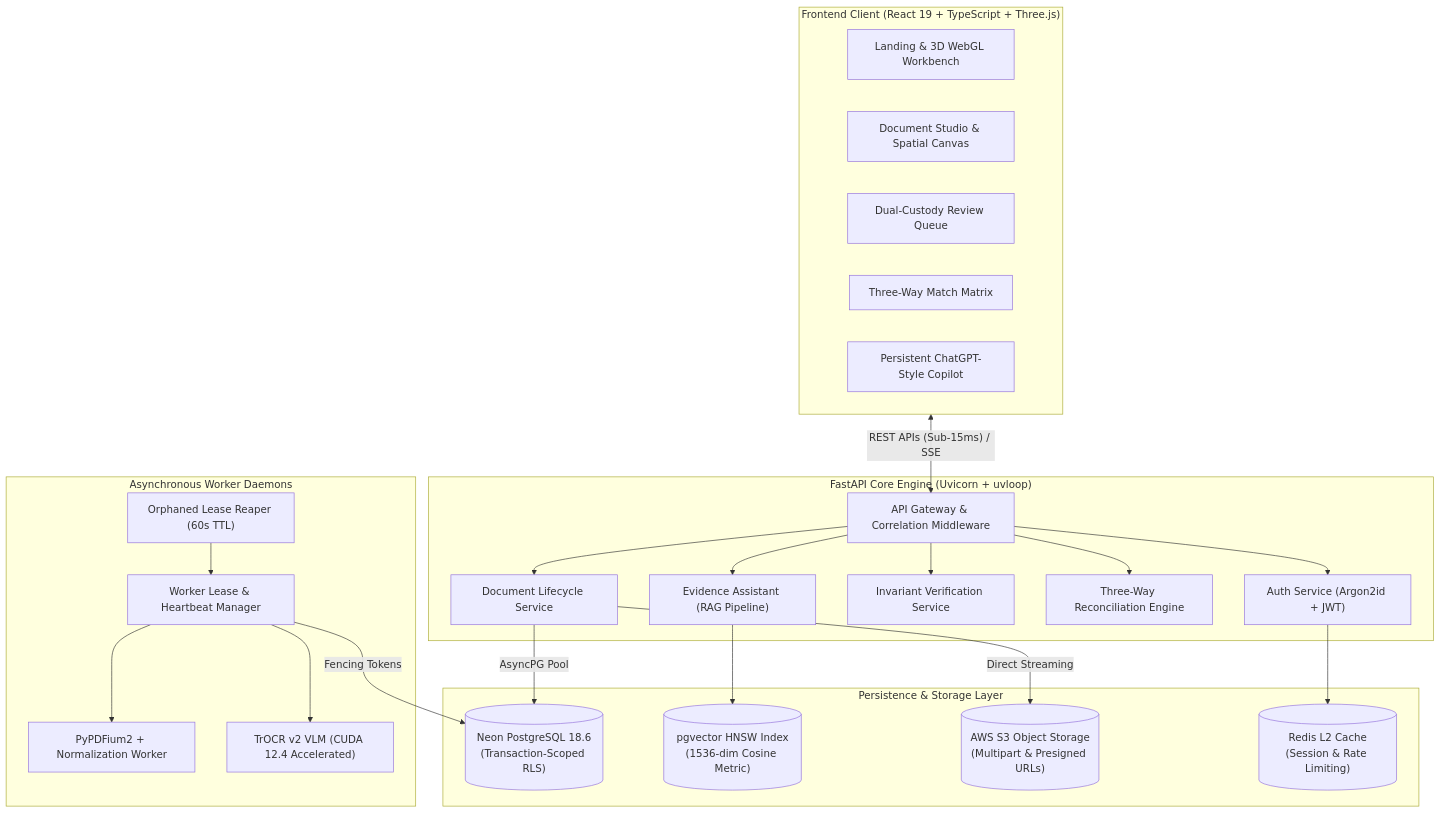
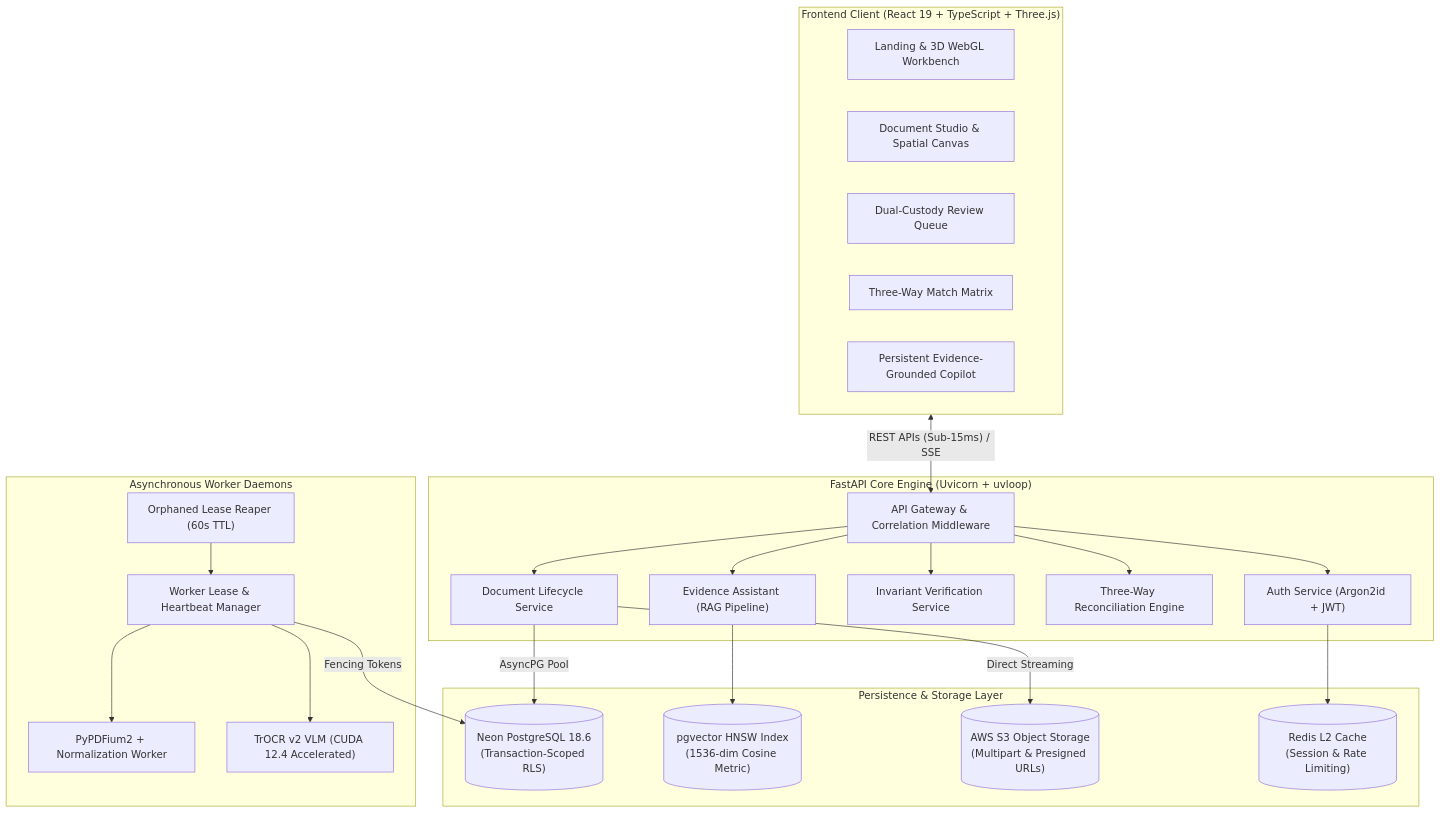
The second of 8 diagrams in README.md (GuptaHarsh7706/LedgerOne), drawn with Mermaid before and after one commit. The commit also changed other lines of this file, not shown here.

Commit message:
docs(readme): enrich architectural diagrams, verified paths, provider abstraction, and institutional benchmarks

````diff
--- a/README.md
+++ b/README.md
@@ -83,50 +83,50 @@
 ```mermaid
 flowchart TD
     subgraph ClientLayer["Frontend Client (React 19 + TypeScript + Three.js)"]
         UI_Landing["Landing & 3D WebGL Workbench"]
         UI_Studio["Document Studio & Spatial Canvas"]
         UI_Queue["Dual-Custody Review Queue"]
         UI_Matching["Three-Way Match Matrix"]
-        UI_Chat["Persistent ChatGPT-Style Copilot"]
+        UI_Chat["Persistent Evidence-Grounded Copilot"]
     end
 
     subgraph APILayer["FastAPI Core Engine (Uvicorn + uvloop)"]
         GW["API Gateway & Correlation Middleware"]
         AuthSvc["Auth Service (Argon2id + JWT)"]
         DocSvc["Document Lifecycle Service"]
         InvSvc["Invariant Verification Service"]
         MatchSvc["Three-Way Reconciliation Engine"]
         AIAssistant["Evidence Assistant (RAG Pipeline)"]
     end
 
     subgraph DataLayer["Persistence & Storage Layer"]
         PG[("Neon PostgreSQL 18.6\n(Transaction-Scoped RLS)")]
         HNSW[("pgvector HNSW Index\n(1536-dim Cosine Metric)")]
         S3[("AWS S3 Object Storage\n(Multipart & Presigned URLs)")]
         RedisCache[("Redis L2 Cache\n(Session & Rate Limiting)")]
     end
 
     subgraph WorkerLayer["Asynchronous Worker Daemons"]
         QueueMgr["Worker Lease & Heartbeat Manager"]
         OCR_Engine["PyPDFium2 + Normalization Worker"]
         TrOCR_VLM["TrOCR v2 VLM (CUDA 12.4 Accelerated)"]
         Reaper["Orphaned Lease Reaper (60s TTL)"]
     end
 
     ClientLayer <-->|"REST APIs (Sub-15ms) / SSE"| GW
     GW --> AuthSvc
     GW --> DocSvc
     GW --> InvSvc
     GW --> MatchSvc
     GW --> AIAssistant
 
     DocSvc -->|"AsyncPG Pool"| PG
     DocSvc -->|"Direct Streaming"| S3
     AIAssistant --> HNSW
     AuthSvc --> RedisCache
 
     QueueMgr -->|"Fencing Tokens"| PG
     QueueMgr --> OCR_Engine
     QueueMgr --> TrOCR_VLM
     Reaper --> QueueMgr
 ```
````
